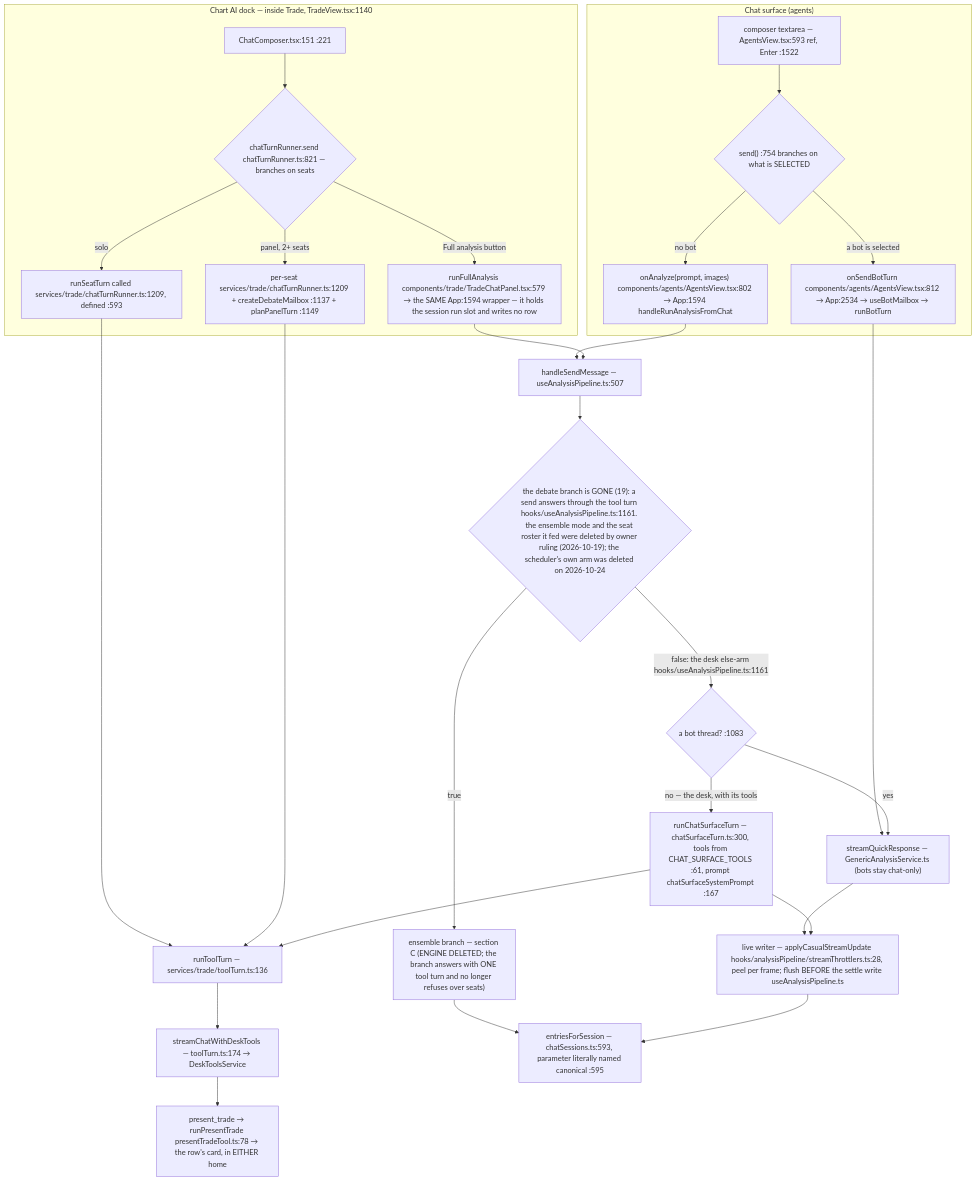
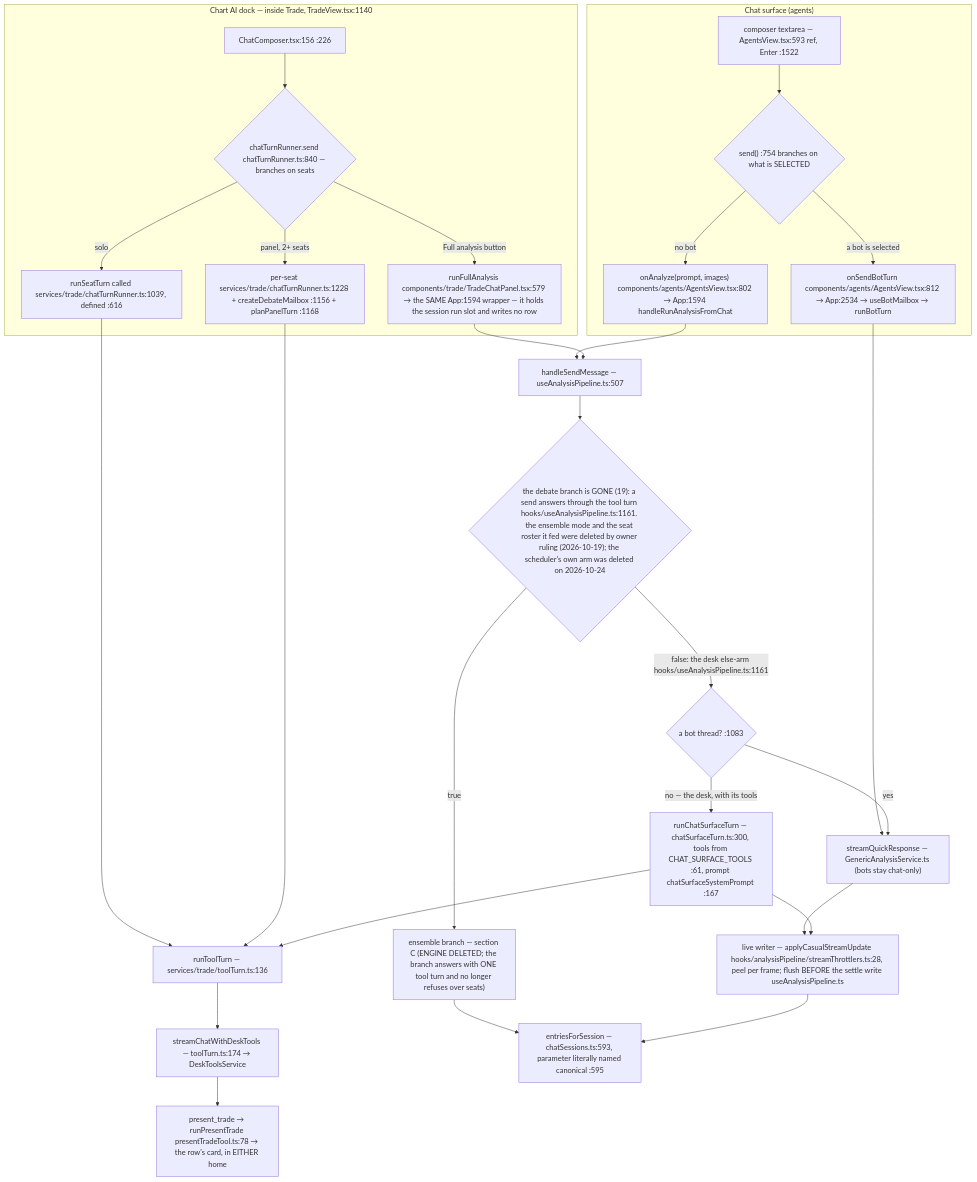
One commit to Acepay25/august-3.5 changed the second of 8 diagrams in docs/app-flow.md. Above: the diagram before and after it, drawn with Mermaid. The commit also changed other lines of this file and 7 other files, not shown here.

````diff
--- a/docs/app-flow.md
+++ b/docs/app-flow.md
@@ -78,31 +78,31 @@
 ```mermaid
 flowchart TD
     subgraph CHAT["Chat surface (agents)"]
         CB["composer textarea — AgentsView.tsx:593 ref, Enter :1522"] --> D1{"send() :754 branches on what is SELECTED"}
         D1 -->|a bot is selected| BOT["onSendBotTurn components/agents/AgentsView.tsx:812 → App:2534 → useBotMailbox → runBotTurn"]
         D1 -->|no bot| AN["onAnalyze(prompt, images) components/agents/AgentsView.tsx:802 → App:1594 handleRunAnalysisFromChat"]
     end
     subgraph DOCK["Chart AI dock — inside Trade, TradeView.tsx:1140"]
-        DC["ChatComposer.tsx:151 :221"] --> D2{"chatTurnRunner.send chatTurnRunner.ts:821 — branches on seats"}
-        D2 -->|solo| SO["runSeatTurn called services/trade/chatTurnRunner.ts:1209, defined :593"]
-        D2 -->|panel, 2+ seats| PN["per-seat services/trade/chatTurnRunner.ts:1209 + createDebateMailbox :1137 + planPanelTurn :1149"]
+        DC["ChatComposer.tsx:156 :226"] --> D2{"chatTurnRunner.send chatTurnRunner.ts:840 — branches on seats"}
+        D2 -->|solo| SO["runSeatTurn called services/trade/chatTurnRunner.ts:1039, defined :616"]
+        D2 -->|panel, 2+ seats| PN["per-seat services/trade/chatTurnRunner.ts:1228 + createDebateMailbox :1156 + planPanelTurn :1168"]
         D2 -->|Full analysis button| FA["runFullAnalysis components/trade/TradeChatPanel.tsx:579 → the SAME App:1594 wrapper — it holds the session run slot and writes no row"]
     end
     SO --> TT["runToolTurn — services/trade/toolTurn.ts:136"]
     PN --> TT
     TT --> SCDT["streamChatWithDeskTools — toolTurn.ts:174 → DeskToolsService"]
     BOT --> TR["streamQuickResponse — GenericAnalysisService.ts (bots stay chat-only)"]
     AN --> HSM["handleSendMessage — useAnalysisPipeline.ts:507"]
     FA --> HSM
     HSM --> D3{"the debate branch is GONE (19): a send answers through the tool turn hooks/useAnalysisPipeline.ts:1161. the ensemble mode and the seat roster it fed were deleted by owner ruling (2026-10-19); the scheduler's own arm was deleted on 2026-10-24"}
     D3 -->|true| ENS["ensemble branch — section C (ENGINE DELETED; the branch answers with ONE tool turn and no longer refuses over seats)"]
     D3 -->|false: the desk else-arm hooks/useAnalysisPipeline.ts:1161| SPLIT{"a bot thread? :1083"}
     SPLIT -->|yes| TR
     SPLIT -->|no — the desk, with its tools| CST["runChatSurfaceTurn — chatSurfaceTurn.ts:300, tools from CHAT_SURFACE_TOOLS :61, prompt chatSurfaceSystemPrompt :167"]
     CST --> TT
     TR --> LW["live writer — applyCasualStreamUpdate hooks/analysisPipeline/streamThrottlers.ts:28, peel per frame; flush BEFORE the settle write useAnalysisPipeline.ts"]
     CST --> LW
     ENS --> MERGE
     LW --> MERGE["entriesForSession — chatSessions.ts:593, parameter literally named canonical :595"]
     SCDT --> PT["present_trade → runPresentTrade presentTradeTool.ts:78 → the row's card, in EITHER home"]
 ```
````
